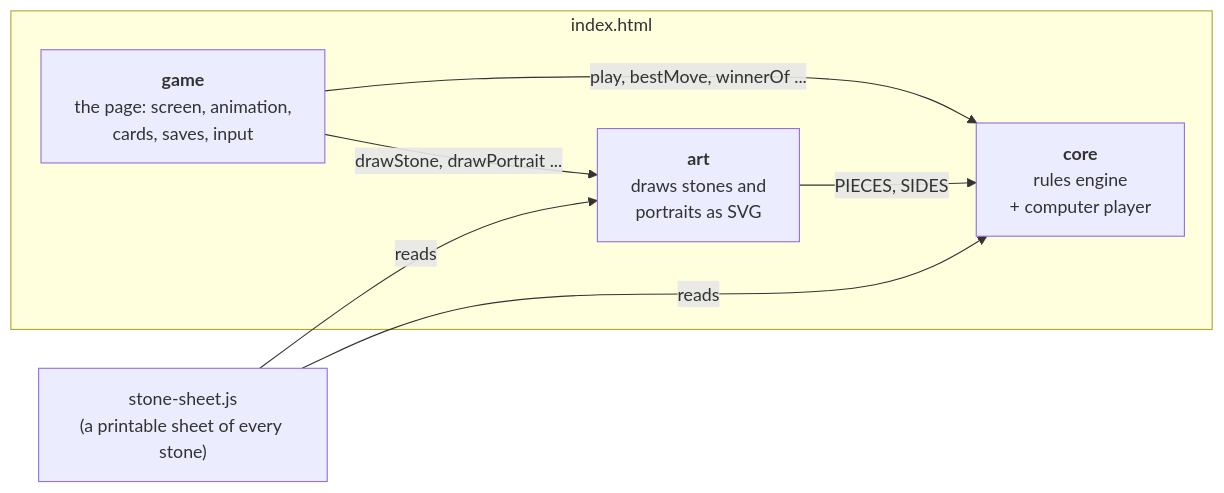
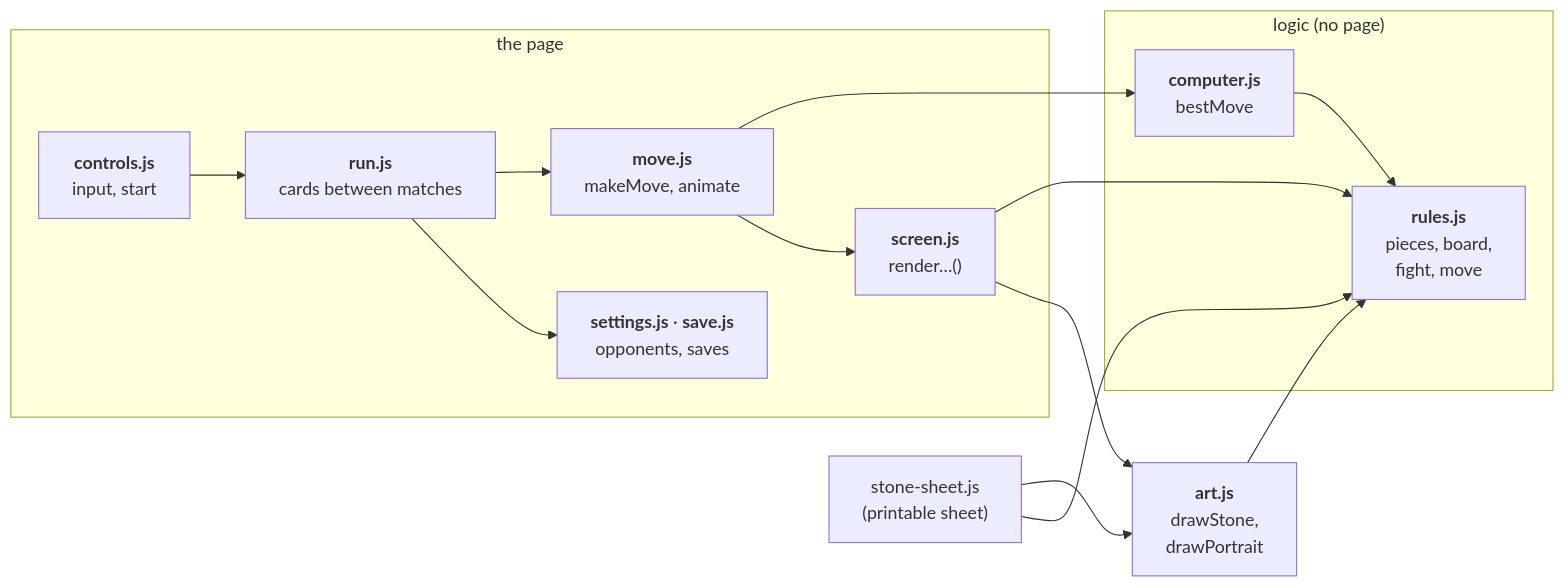
The first of 8 diagrams in README.md (louisvandenbruwaene/rook-like), drawn with Mermaid before and after one commit. The commit also changed other lines of this file and 12 other files, not shown here.

````diff
--- a/README.md
+++ b/README.md
@@ -9,15 +21,28 @@
 ```mermaid
 flowchart LR
-    subgraph page["index.html"]
-        core["<b>core</b><br/>rules engine<br/>+ computer player"]
-        art["<b>art</b><br/>draws stones and<br/>portraits as SVG"]
-        game["<b>game</b><br/>the page: screen, animation,<br/>cards, saves, input"]
+    subgraph logic["logic (no page)"]
+        rules["<b>rules.js</b><br/>pieces, board,<br/>fight, move"]
+        computer["<b>computer.js</b><br/>bestMove"]
     end
-    sheet["stone-sheet.js<br/>(a printable sheet of every stone)"]
+    art["<b>art.js</b><br/>drawStone,<br/>drawPortrait"]
+    subgraph page["the page"]
+        settings["<b>settings.js</b> · <b>save.js</b><br/>opponents, saves"]
+        screen["<b>screen.js</b><br/>render…()"]
+        move["<b>move.js</b><br/>makeMove, animate"]
+        run["<b>run.js</b><br/>cards between matches"]
+        controls["<b>controls.js</b><br/>input, start"]
+    end
+    sheet["stone-sheet.js<br/>(printable sheet)"]
 
-    game -- "play, bestMove, winnerOf ..." --> core
-    game -- "drawStone, drawPortrait ..." --> art
-    art -- "PIECES, SIDES" --> core
-    sheet -- "reads" --> core
-    sheet -- "reads" --> art
+    computer --> rules
+    art --> rules
+    screen --> art
+    screen --> rules
+    move --> screen
+    move --> computer
+    run --> settings
+    run --> move
+    controls --> run
+    sheet --> rules
+    sheet --> art
 ```
````
